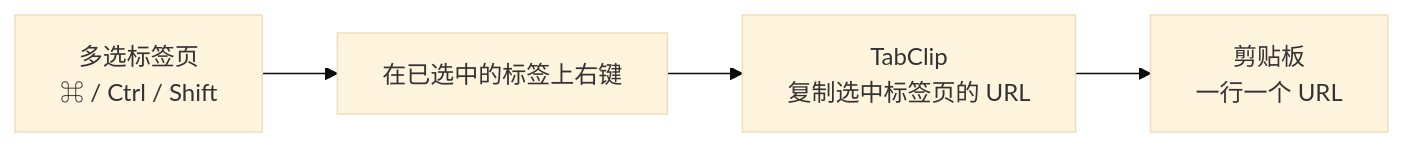
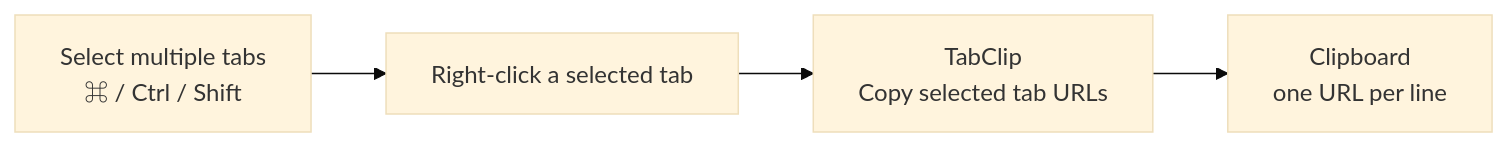
Before and after one commit to ursasi/tabclip: the first of 2 diagrams in README.md, drawn with Mermaid (base theme). The commit also changed other lines of this file and 2 other files, not shown here.

````diff
--- a/README.md
+++ b/README.md
@@ -100,6 +99,6 @@
 ```mermaid
 flowchart LR
-    A["多选标签页<br/>⌘ / Ctrl / Shift"] --> B["在已选中的标签上右键"]
-    B --> C["TabClip<br/>复制选中标签页的 URL"]
-    C --> D["剪贴板<br/>一行一个 URL"]
+    A["Select multiple tabs<br/>⌘ / Ctrl / Shift"] --> B["Right-click a selected tab"]
+    B --> C["TabClip<br/>Copy selected tab URLs"]
+    C --> D["Clipboard<br/>one URL per line"]
 ```
````
